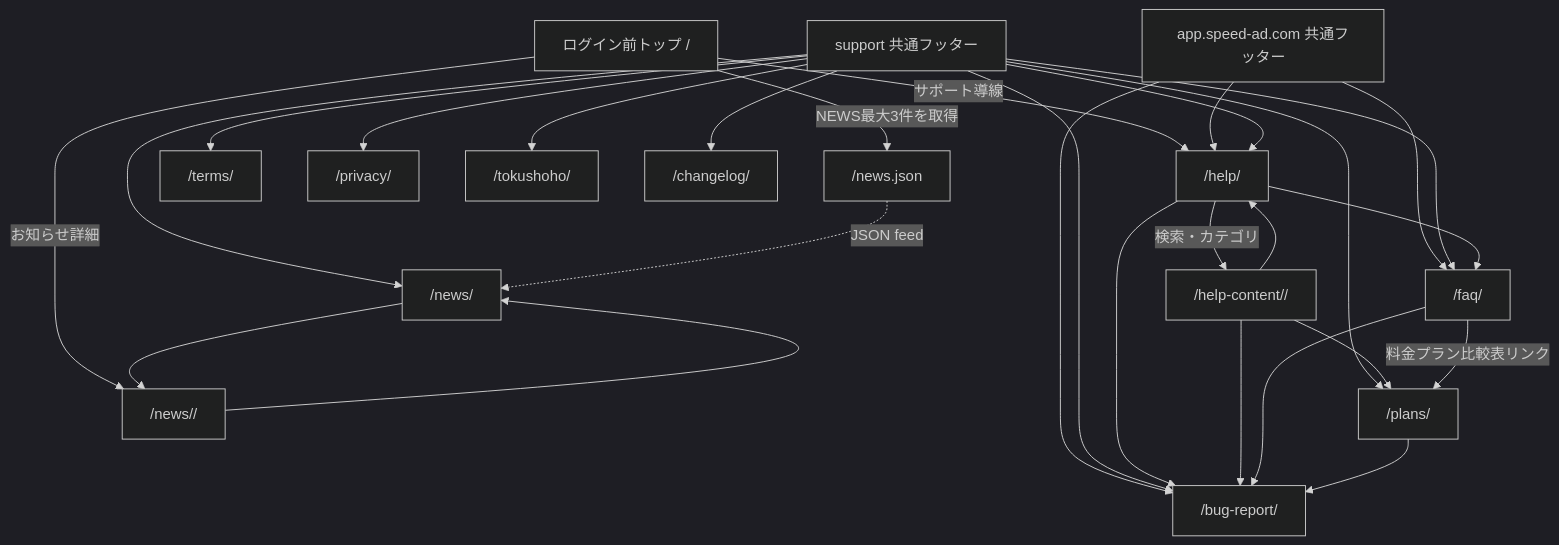
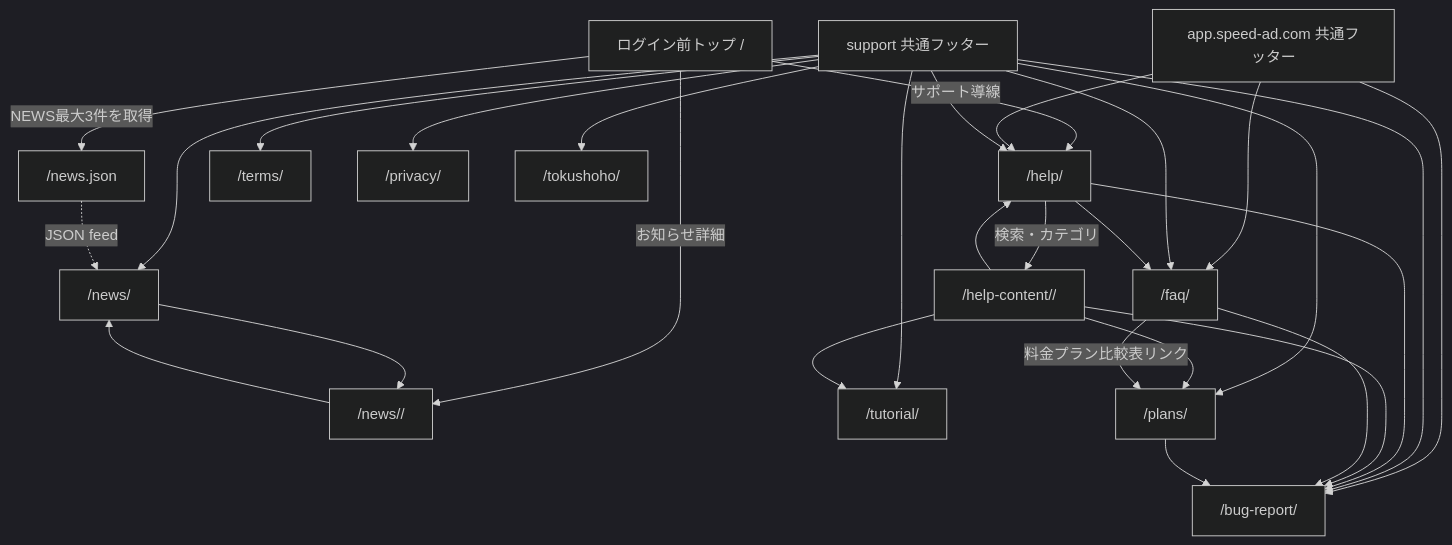
The diagram in docs/画面設計/仕様/21_support_site_separation_spec.md (AbroadUmedaShota/SPPED-AD-TEST), drawn with Mermaid (dark theme) before and after one commit. The commit also changed other lines of this file and 3 other files, not shown here.

````diff
--- a/docs/画面設計/仕様/21_support_site_separation_spec.md
+++ b/docs/画面設計/仕様/21_support_site_separation_spec.md
@@ -115,35 +115,36 @@
 ```mermaid
 flowchart TD
     PublicTop["ログイン前トップ /"] -->|NEWS最大3件を取得| NewsFeed["/news.json"]
     PublicTop -->|お知らせ詳細| NewsDetail["/news/<slug>/"]
     PublicTop -->|サポート導線| Help["/help/"]
 
     AppFooter["app.speed-ad.com 共通フッター"] --> Help
     AppFooter --> FAQ["/faq/"]
     AppFooter --> Contact["/bug-report/"]
 
     SupportFooter["support 共通フッター"] --> Help
     SupportFooter --> FAQ
     SupportFooter --> Contact
+    SupportFooter --> Tutorial["/tutorial/"]
     SupportFooter --> Plans["/plans/"]
     SupportFooter --> NewsList["/news/"]
     SupportFooter --> Terms["/terms/"]
     SupportFooter --> Privacy["/privacy/"]
     SupportFooter --> Tokushoho["/tokushoho/"]
-    SupportFooter --> Changelog["/changelog/"]
 
     Help -->|検索・カテゴリ| HelpContent["/help-content/<slug>/"]
     Help --> FAQ
     Help --> Contact
     HelpContent --> Help
     HelpContent --> Contact
+    HelpContent --> Tutorial
     HelpContent --> Plans
 
     FAQ -->|料金プラン比較表リンク| Plans
     FAQ --> Contact
     Plans --> Contact
 
     NewsList --> NewsDetail
     NewsDetail --> NewsList
     NewsFeed -. "JSON feed" .-> NewsList
 ```
````
